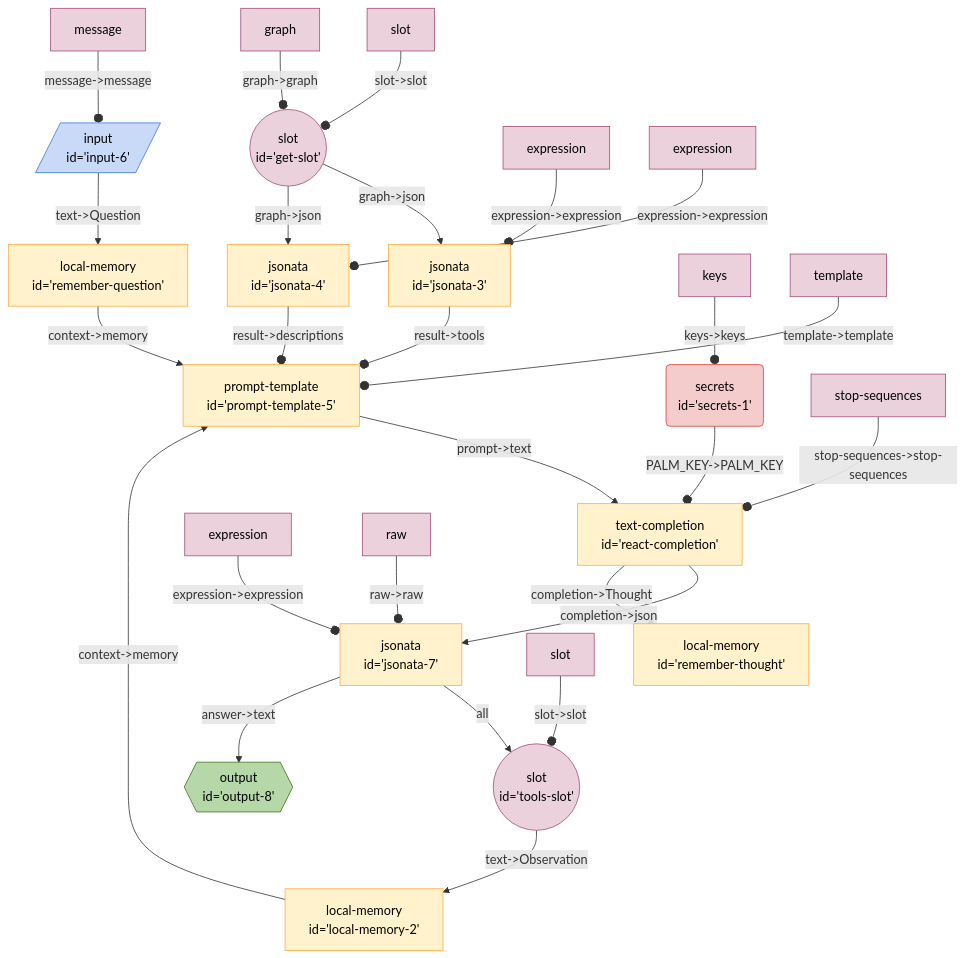
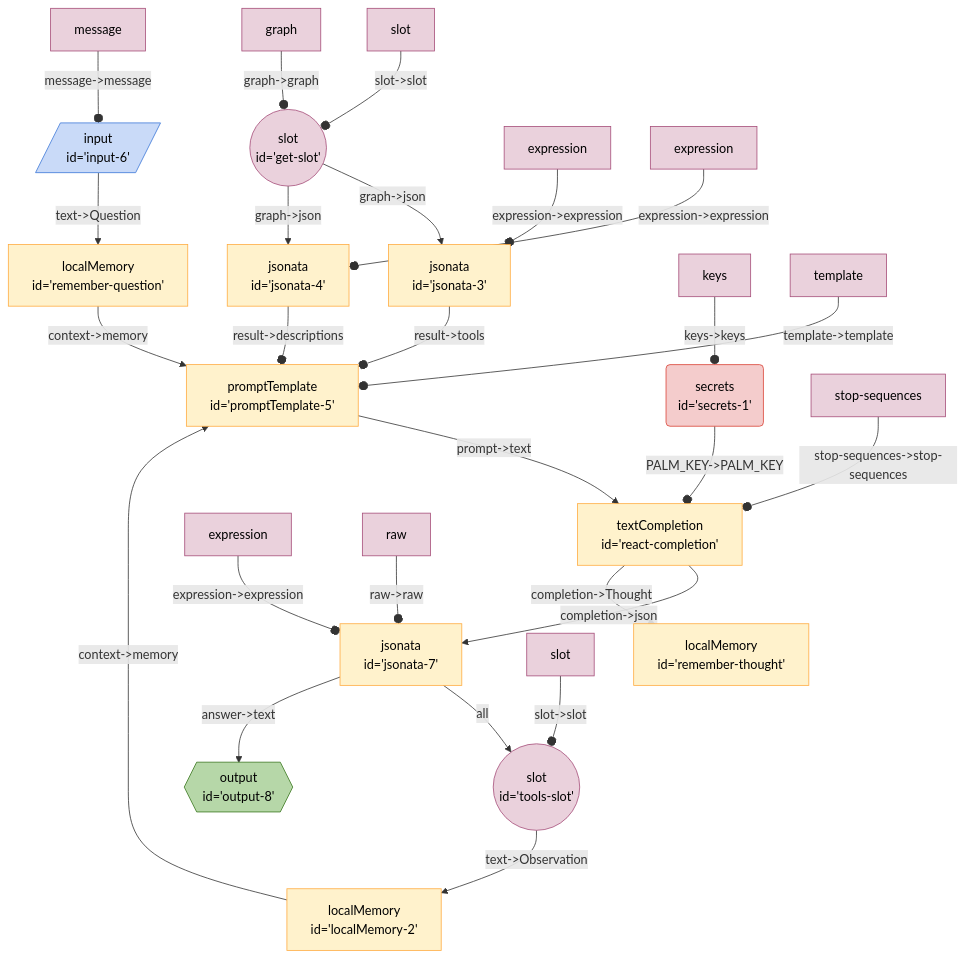
The diagram in seeds/graph-playground/docs/graphs/react-with-slot.md (breadboard-ai/breadboard), drawn with Mermaid before and after one commit. The commit also changed 41 other files, not shown here.

````diff
--- a/seeds/graph-playground/docs/graphs/react-with-slot.md
+++ b/seeds/graph-playground/docs/graphs/react-with-slot.md
@@ -5,65 +5,65 @@
   ```mermaid
   %%{init: 'themeVariables': { 'fontFamily': 'Fira Code, monospace' }}%%
 graph TD;
 getslot(("slot
 id='get-slot'")):::slot -- "graph->json" --> jsonata3["jsonata
 id='jsonata-3'"]
 getslot(("slot
 id='get-slot'")):::slot -- "graph->json" --> jsonata4["jsonata
 id='jsonata-4'"]
 jsonata4["jsonata
-id='jsonata-4'"] -- "result->descriptions" --o prompttemplate5["prompt-template
-id='prompt-template-5'"]
+id='jsonata-4'"] -- "result->descriptions" --o promptTemplate5["promptTemplate
+id='promptTemplate-5'"]
 jsonata3["jsonata
-id='jsonata-3'"] -- "result->tools" --o prompttemplate5["prompt-template
-id='prompt-template-5'"]
-localmemory2["local-memory
-id='local-memory-2'"] -- "context->memory" --> prompttemplate5["prompt-template
-id='prompt-template-5'"]
+id='jsonata-3'"] -- "result->tools" --o promptTemplate5["promptTemplate
+id='promptTemplate-5'"]
+localMemory2["localMemory
+id='localMemory-2'"] -- "context->memory" --> promptTemplate5["promptTemplate
+id='promptTemplate-5'"]
 secrets1("secrets
-id='secrets-1'"):::secrets -- "PALM_KEY->PALM_KEY" --o reactcompletion["text-completion
+id='secrets-1'"):::secrets -- "PALM_KEY->PALM_KEY" --o reactcompletion["textCompletion
 id='react-completion'"]
 toolsslot(("slot
-id='tools-slot'")):::slot -- "text->Observation" --> localmemory2["local-memory
-id='local-memory-2'"]
+id='tools-slot'")):::slot -- "text->Observation" --> localMemory2["localMemory
+id='localMemory-2'"]
 jsonata7["jsonata
 id='jsonata-7'"] -- all --> toolsslot(("slot
 id='tools-slot'")):::slot
 jsonata7["jsonata
 id='jsonata-7'"] -- "answer->text" --> output8{{"output
 id='output-8'"}}:::output
-reactcompletion["text-completion
+reactcompletion["textCompletion
 id='react-completion'"] -- "completion->json" --> jsonata7["jsonata
 id='jsonata-7'"]
-reactcompletion["text-completion
-id='react-completion'"] -- "completion->Thought" --> rememberthought["local-memory
+reactcompletion["textCompletion
+id='react-completion'"] -- "completion->Thought" --> rememberthought["localMemory
 id='remember-thought'"]
-prompttemplate5["prompt-template
-id='prompt-template-5'"] -- "prompt->text" --> reactcompletion["text-completion
+promptTemplate5["promptTemplate
+id='promptTemplate-5'"] -- "prompt->text" --> reactcompletion["textCompletion
 id='react-completion'"]
-rememberquestion["local-memory
-id='remember-question'"] -- "context->memory" --> prompttemplate5["prompt-template
-id='prompt-template-5'"]
+rememberquestion["localMemory
+id='remember-question'"] -- "context->memory" --> promptTemplate5["promptTemplate
+id='promptTemplate-5'"]
 input6[/"input
-id='input-6'"/]:::input -- "text->Question" --> rememberquestion["local-memory
+id='input-6'"/]:::input -- "text->Question" --> rememberquestion["localMemory
 id='remember-question'"]
 keyssecrets1[keys]:::config -- "keys->keys" --o secrets1
 slotgetslot[slot]:::config -- "slot->slot" --o getslot
 graphgetslot[graph]:::config -- "graph->graph" --o getslot
 expressionjsonata3[expression]:::config -- "expression->expression" --o jsonata3
 expressionjsonata4[expression]:::config -- "expression->expression" --o jsonata4
-templateprompttemplate5[template]:::config -- "template->template" --o prompttemplate5
+templatepromptTemplate5[template]:::config -- "template->template" --o promptTemplate5
 stopsequencesreactcompletion[stop-sequences]:::config -- "stop-sequences->stop-sequences" --o reactcompletion
 messageinput6[message]:::config -- "message->message" --o input6
 expressionjsonata7[expression]:::config -- "expression->expression" --o jsonata7
 rawjsonata7[raw]:::config -- "raw->raw" --o jsonata7
 slottoolsslot[slot]:::config -- "slot->slot" --o toolsslot
 classDef default stroke:#ffab40,fill:#fff2ccff,color:#000
 classDef input stroke:#3c78d8,fill:#c9daf8ff,color:#000
 classDef output stroke:#38761d,fill:#b6d7a8ff,color:#000
 classDef passthrough stroke:#a64d79,fill:#ead1dcff,color:#000
 classDef slot stroke:#a64d79,fill:#ead1dcff,color:#000
 classDef config stroke:#a64d79,fill:#ead1dcff,color:#000
 classDef secrets stroke:#db4437,fill:#f4cccc,color:#000
 classDef slotted stroke:#a64d79
   ```
````
